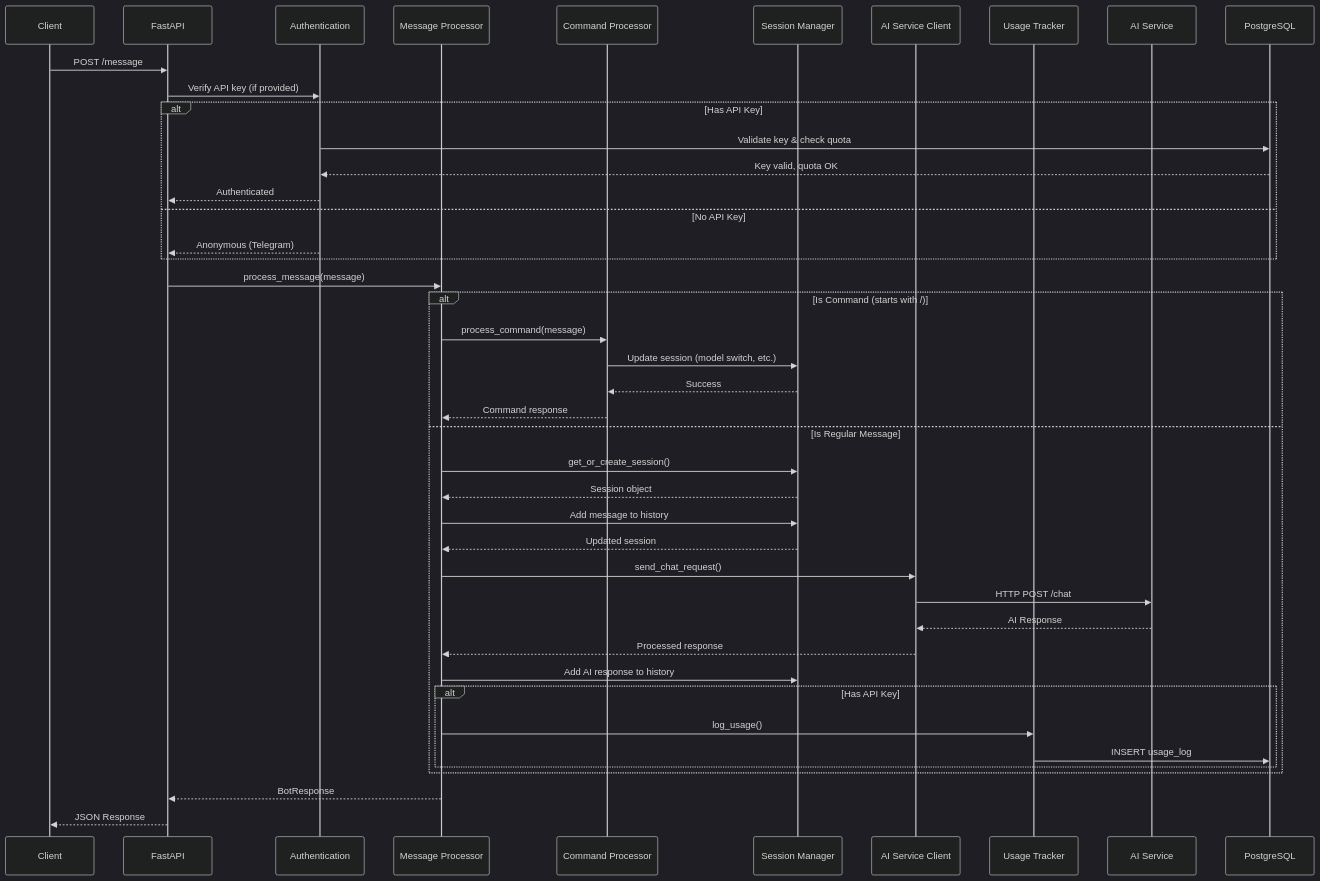
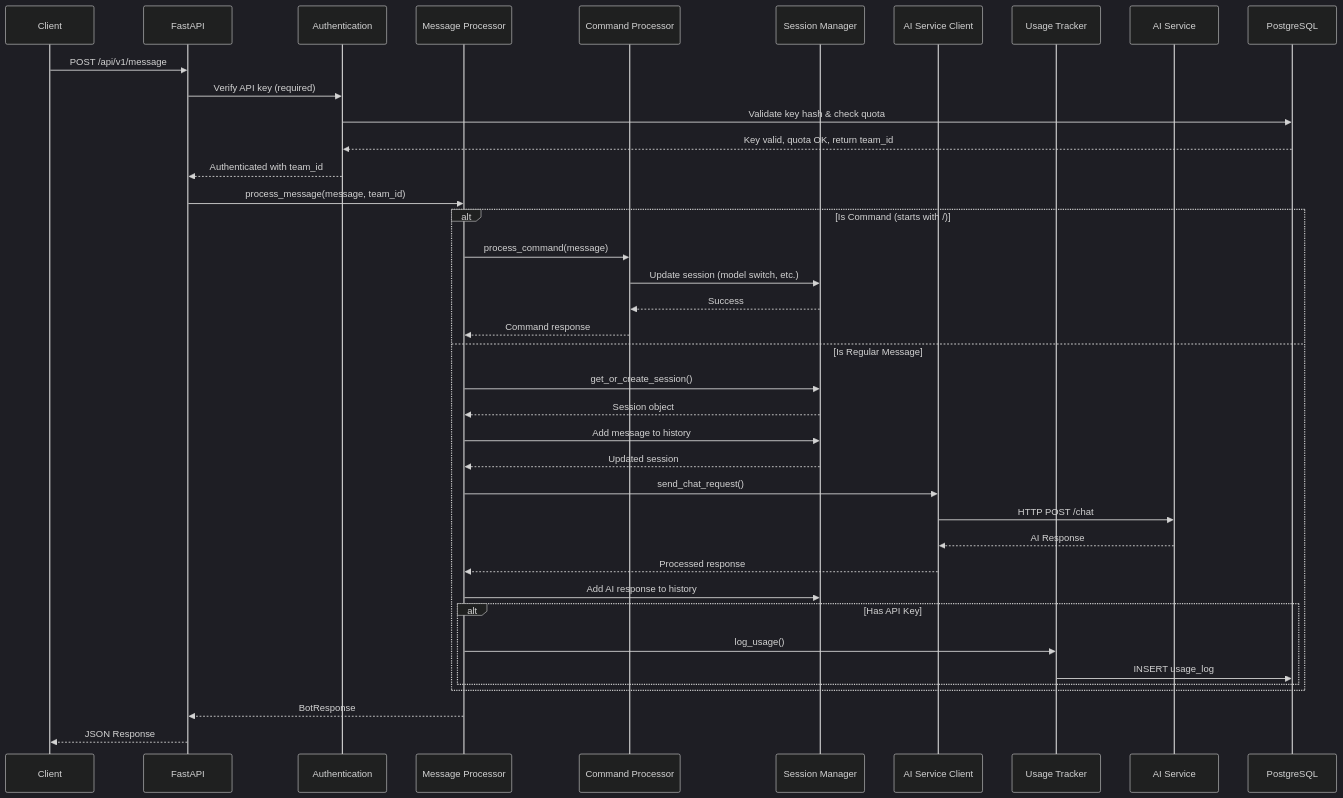
Before and after one commit to NeoHosseinism/Arash-Bot: the sixth of 20 diagrams in ARCHITECTURE.md, drawn with Mermaid (dark theme). The commit also changed other lines of this file and 4 other files, not shown here.

````diff
--- a/ARCHITECTURE.md
+++ b/ARCHITECTURE.md
@@ -374,55 +378,51 @@
 ```mermaid
 sequenceDiagram
     participant Client
     participant API as FastAPI
     participant Auth as Authentication
     participant MsgProc as Message Processor
     participant CmdProc as Command Processor
     participant SessMgr as Session Manager
     participant AIClient as AI Service Client
     participant UsageTrack as Usage Tracker
     participant AI as AI Service
     participant DB as PostgreSQL
 
-    Client->>API: POST /message
-    API->>Auth: Verify API key (if provided)
+    Client->>API: POST /api/v1/message
+    API->>Auth: Verify API key (required)
 
-    alt Has API Key
-        Auth->>DB: Validate key & check quota
-        DB-->>Auth: Key valid, quota OK
-        Auth-->>API: Authenticated
-    else No API Key
-        Auth-->>API: Anonymous (Telegram)
-    end
+    Auth->>DB: Validate key hash & check quota
+    DB-->>Auth: Key valid, quota OK, return team_id
+    Auth-->>API: Authenticated with team_id
 
-    API->>MsgProc: process_message(message)
+    API->>MsgProc: process_message(message, team_id)
 
     alt Is Command (starts with /)
         MsgProc->>CmdProc: process_command(message)
         CmdProc->>SessMgr: Update session (model switch, etc.)
         SessMgr-->>CmdProc: Success
         CmdProc-->>MsgProc: Command response
     else Is Regular Message
         MsgProc->>SessMgr: get_or_create_session()
         SessMgr-->>MsgProc: Session object
 
         MsgProc->>SessMgr: Add message to history
         SessMgr-->>MsgProc: Updated session
 
         MsgProc->>AIClient: send_chat_request()
         AIClient->>AI: HTTP POST /chat
         AI-->>AIClient: AI Response
 
         AIClient-->>MsgProc: Processed response
 
         MsgProc->>SessMgr: Add AI response to history
 
         alt Has API Key
             MsgProc->>UsageTrack: log_usage()
             UsageTrack->>DB: INSERT usage_log
         end
     end
 
     MsgProc-->>API: BotResponse
     API-->>Client: JSON Response
 ```
````
